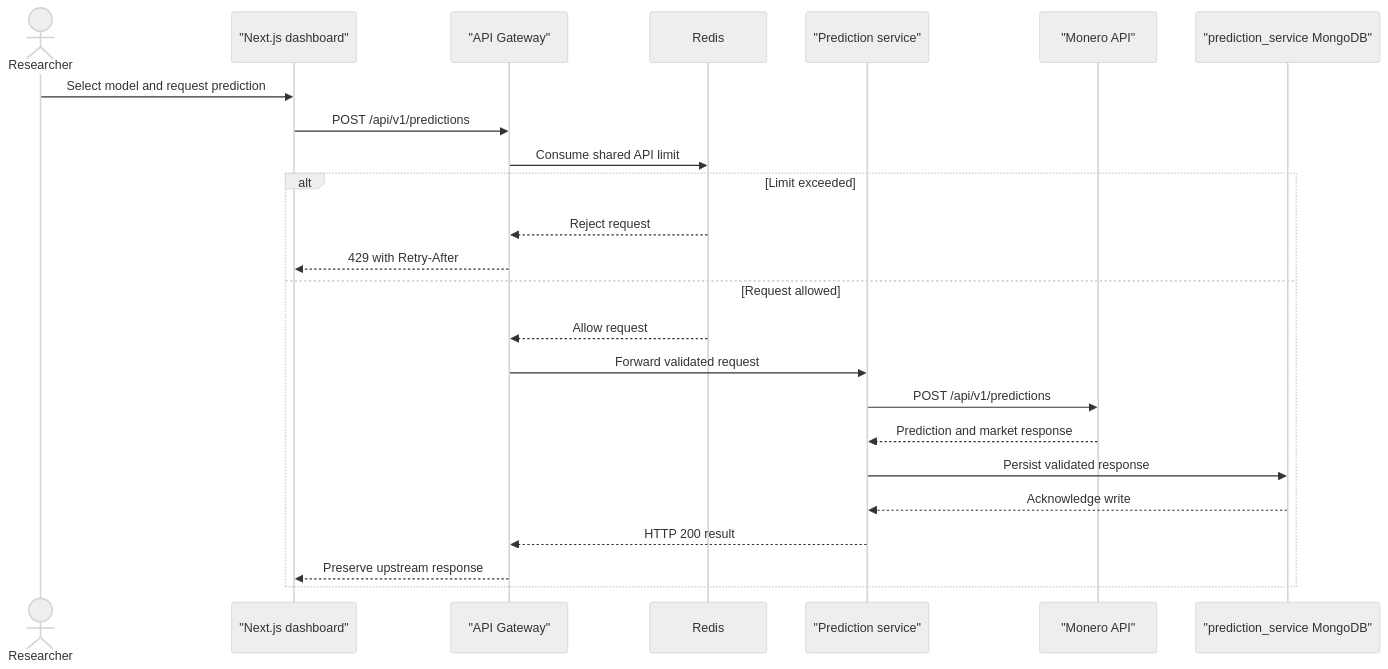
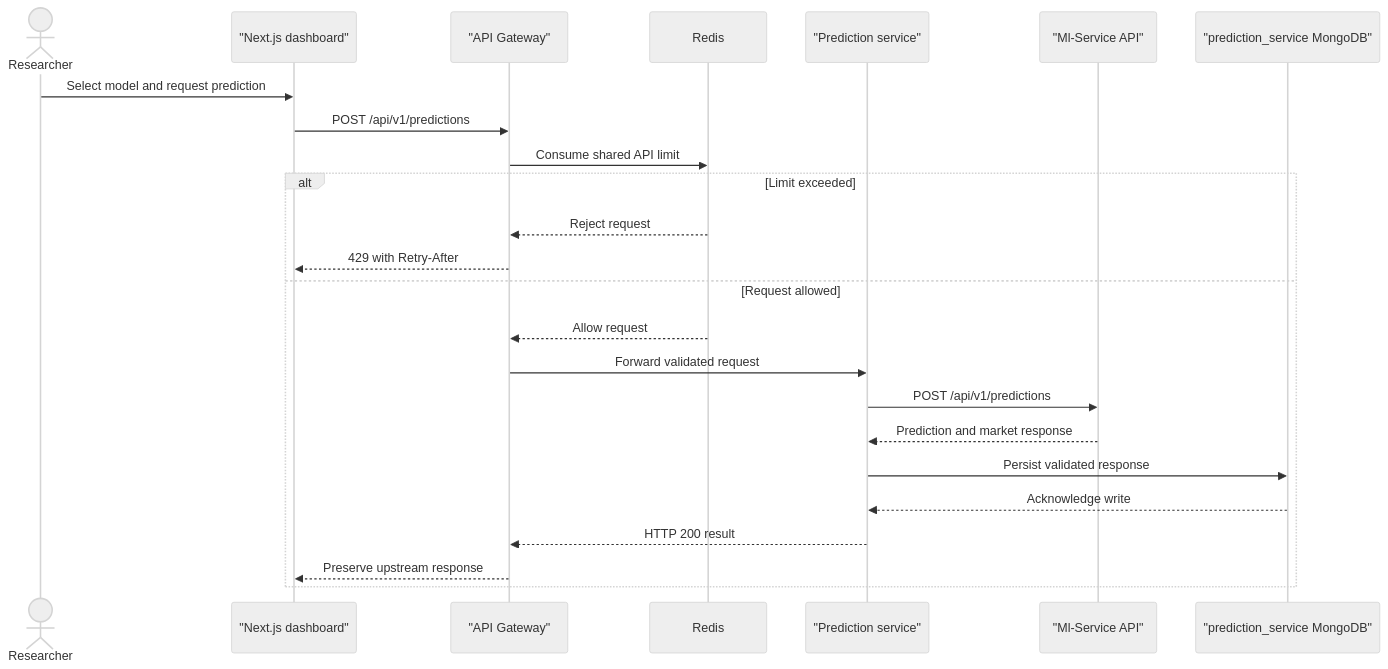
Before and after one commit to AyLZz17/XMRPrediction-Lab: the fourth of 4 diagrams in docs/architecture/diagrams.md, drawn with Mermaid (neutral theme). The commit also changed other lines of this file and 135 other files, not shown here.

````diff
--- a/docs/architecture/diagrams.md
+++ b/docs/architecture/diagrams.md
@@ -146,27 +146,27 @@
 ```mermaid
 sequenceDiagram
     actor Researcher
     participant UI as "Next.js dashboard"
     participant Gateway as "API Gateway"
     participant Redis
     participant Prediction as "Prediction service"
-    participant Monero as "Monero API"
+    participant Monero as "Ml-Service API"
     participant Mongo as "prediction_service MongoDB"
 
     Researcher->>UI: Select model and request prediction
     UI->>Gateway: POST /api/v1/predictions
     Gateway->>Redis: Consume shared API limit
     alt Limit exceeded
         Redis-->>Gateway: Reject request
         Gateway-->>UI: 429 with Retry-After
     else Request allowed
         Redis-->>Gateway: Allow request
         Gateway->>Prediction: Forward validated request
         Prediction->>Monero: POST /api/v1/predictions
         Monero-->>Prediction: Prediction and market response
         Prediction->>Mongo: Persist validated response
         Mongo-->>Prediction: Acknowledge write
         Prediction-->>Gateway: HTTP 200 result
         Gateway-->>UI: Preserve upstream response
     end
 ```
````
